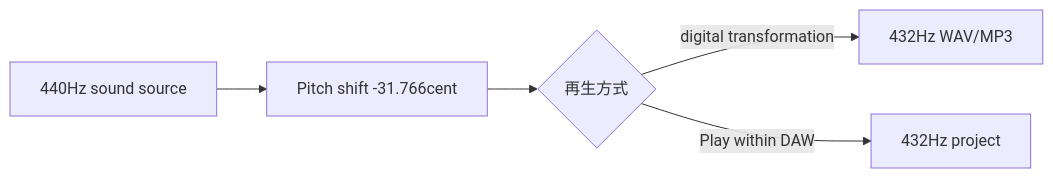
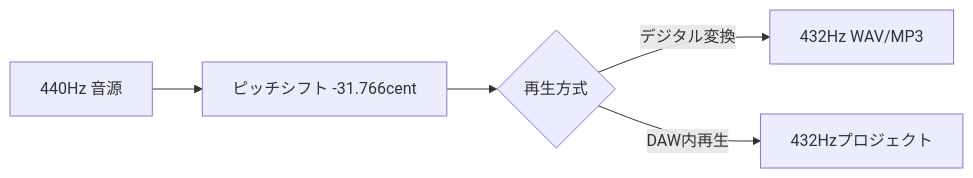
The first of 2 diagrams in en/_posts/2025-11-15-column-432hz.md (monumental-movement/monumental-movement.github.io), drawn with Mermaid before and after one commit. The commit also changed other lines of this file and 2196 other files, not shown here.

```diff
--- a/en/_posts/2025-11-15-column-432hz.md
+++ b/en/_posts/2025-11-15-column-432hz.md
@@ -212,9 +211,9 @@
 <div class="mermaid">
 
 flowchart LR
-    A[440Hz sound source] --> B[Pitch shift -31.766cent]
+    A[440Hz 音源] --> B[ピッチシフト -31.766cent]
     B --> C{再生方式}
-    C -->|digital transformation| D[432Hz WAV/MP3]
-    C -->|Play within DAW| E[432Hz project]
+    C -->|デジタル変換| D[432Hz WAV/MP3]
+    C -->|DAW内再生| E[432Hzプロジェクト]
 
 </div>
```
